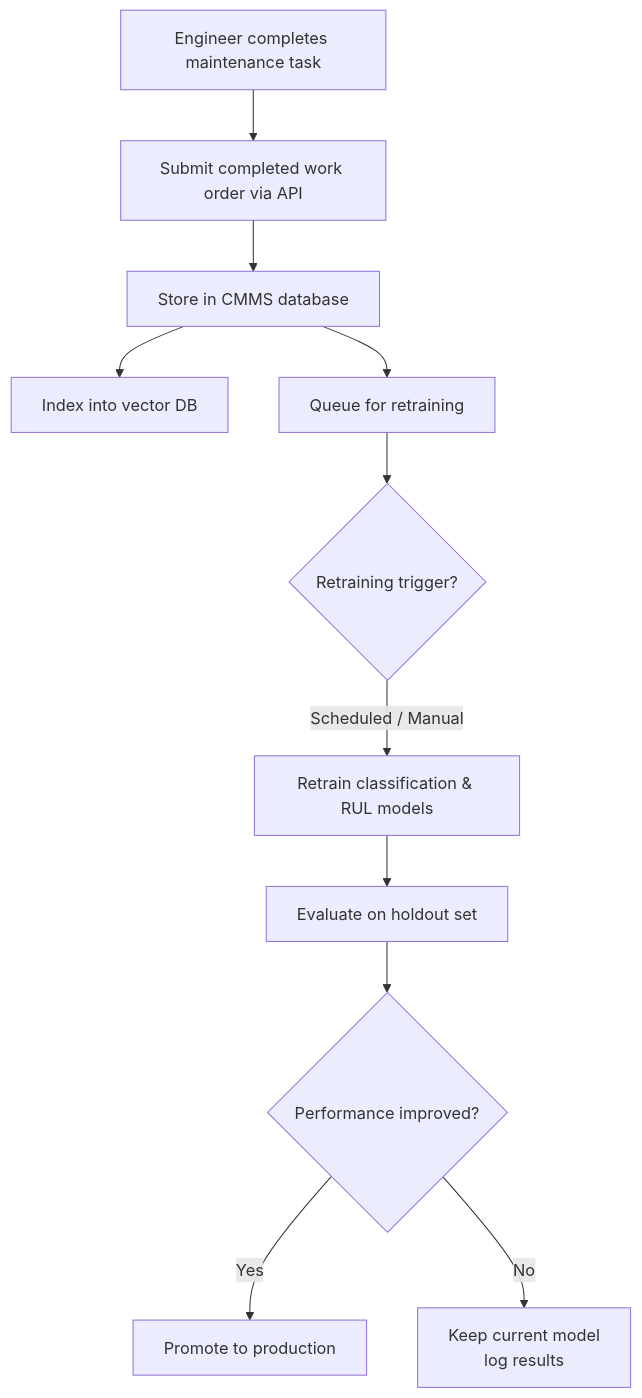
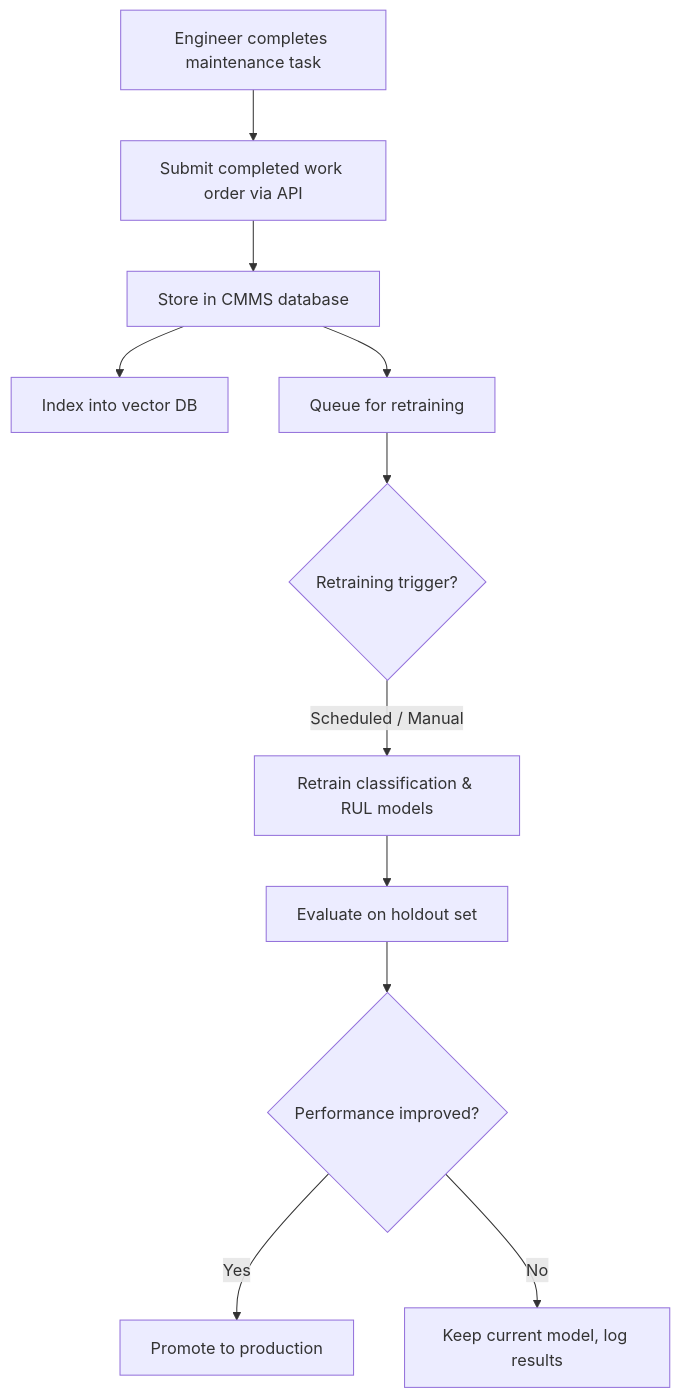
The sixth of 6 diagrams in PetroMind_System_Analysis.md (Petro-mind/main), drawn with Mermaid before and after one commit. The commit also changed other lines of this file, not shown here.

````diff
--- a/PetroMind_System_Analysis.md
+++ b/PetroMind_System_Analysis.md
@@ -789,13 +742,13 @@
 ```mermaid
 flowchart TD
     A["Engineer completes maintenance task"] --> B["Submit completed work order via API"]
     B --> C["Store in CMMS database"]
     C --> D["Index into vector DB"]
     C --> E["Queue for retraining"]
     E --> F{Retraining trigger?}
     F -->|"Scheduled / Manual"| G["Retrain classification & RUL models"]
     G --> H["Evaluate on holdout set"]
     H --> I{Performance improved?}
     I -->|"Yes"| J["Promote to production"]
-    I -->|"No"| K["Keep current model<br/>log results"]
+    I -->|"No"| K["Keep current model, log results"]
 ```
````
